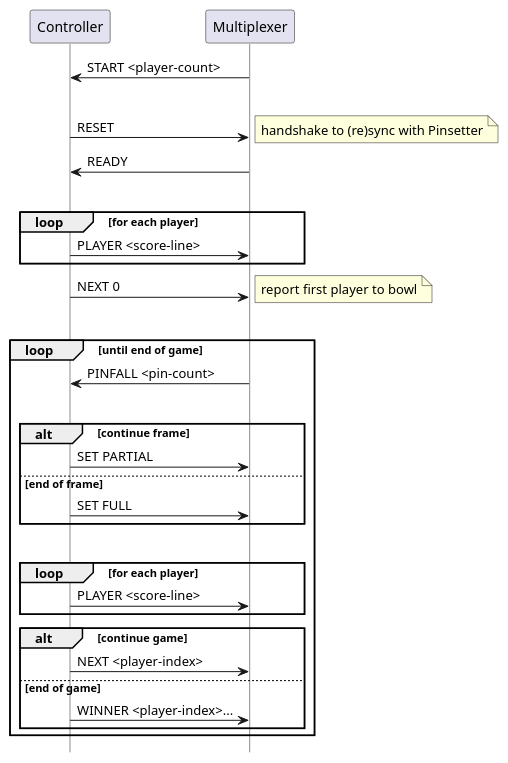
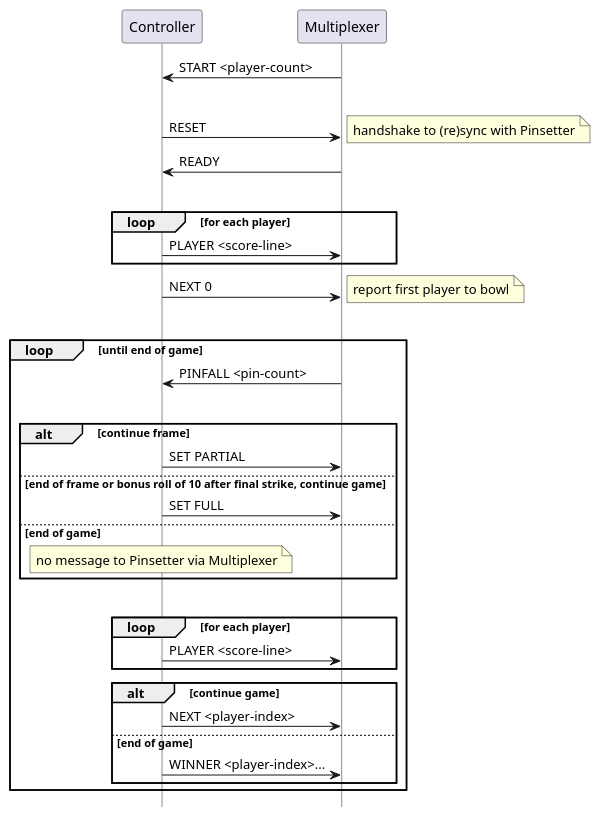
Before and after one commit to java-to-kotlin/kotlin-tdd-workshop: the seventh of 7 diagrams in docs/03-architecture.md, drawn with PlantUML. The commit also changed other lines of this file, not shown here.

Commit message:
Document no message to pinsetter after game over

````diff
--- a/docs/03-architecture.md
+++ b/docs/03-architecture.md
@@ -177,50 +187,52 @@
 ```plantuml
 @startuml
 hide footbox
 skinparam lifelineStrategy solid
 
 participant Controller
 participant Multiplexer
 
 Multiplexer -> Controller : START <player-count>
 
 |||
 
 Controller -> Multiplexer : RESET
 note right: handshake to (re)sync with Pinsetter
 Controller <- Multiplexer : READY
 
 |||
 
 loop for each player
     Multiplexer <- Controller : PLAYER <score-line>
 end
 Multiplexer <- Controller : NEXT 0
 note right: report first player to bowl
 
 |||
 
 loop until end of game
     Controller <- Multiplexer : PINFALL <pin-count>
     
     |||
     
     alt continue frame
         Controller -> Multiplexer : SET PARTIAL
-    else end of frame
+    else end of frame or bonus roll of 10 after final strike, continue game
         Controller -> Multiplexer : SET FULL
+    else end of game
+        note over Controller : no message to Pinsetter via Multiplexer
     end
     
     |||
     
     loop for each player
         Multiplexer <- Controller : PLAYER <score-line>
     end
     alt continue game
         Multiplexer <- Controller : NEXT <player-index>
     else end of game
         Multiplexer <- Controller : WINNER <player-index>...
     end
 end
 @enduml
 ```
````
